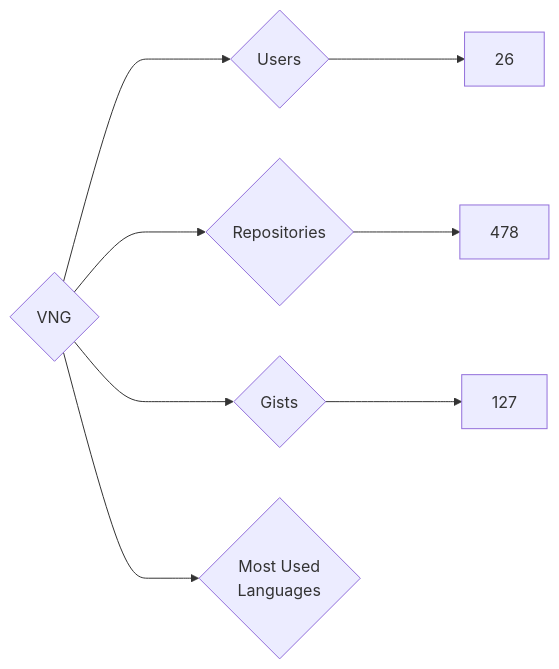
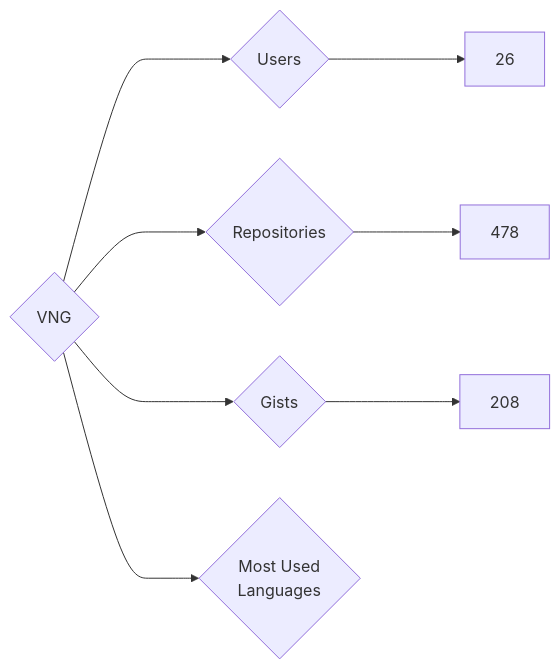
The diagram in targets/VNG/README.md (nenadzaric/insiders), drawn with Mermaid before and after one commit. The commit also changed 1342 other files, not shown here.

````diff
--- a/targets/VNG/README.md
+++ b/targets/VNG/README.md
@@ -3,8 +3,8 @@
 ```mermaid
 graph LR
 COMPANY_NAME{VNG}
 COMPANY_NAME ---> U{Users} ---> UN[26]
 COMPANY_NAME ---> R{Repositories} ---> RN[478]
-COMPANY_NAME ---> G{Gists} ---> GN[127]
+COMPANY_NAME ---> G{Gists} ---> GN[208]
 COMPANY_NAME ---> ML{Most Used<br>Languages}
 ```
````
